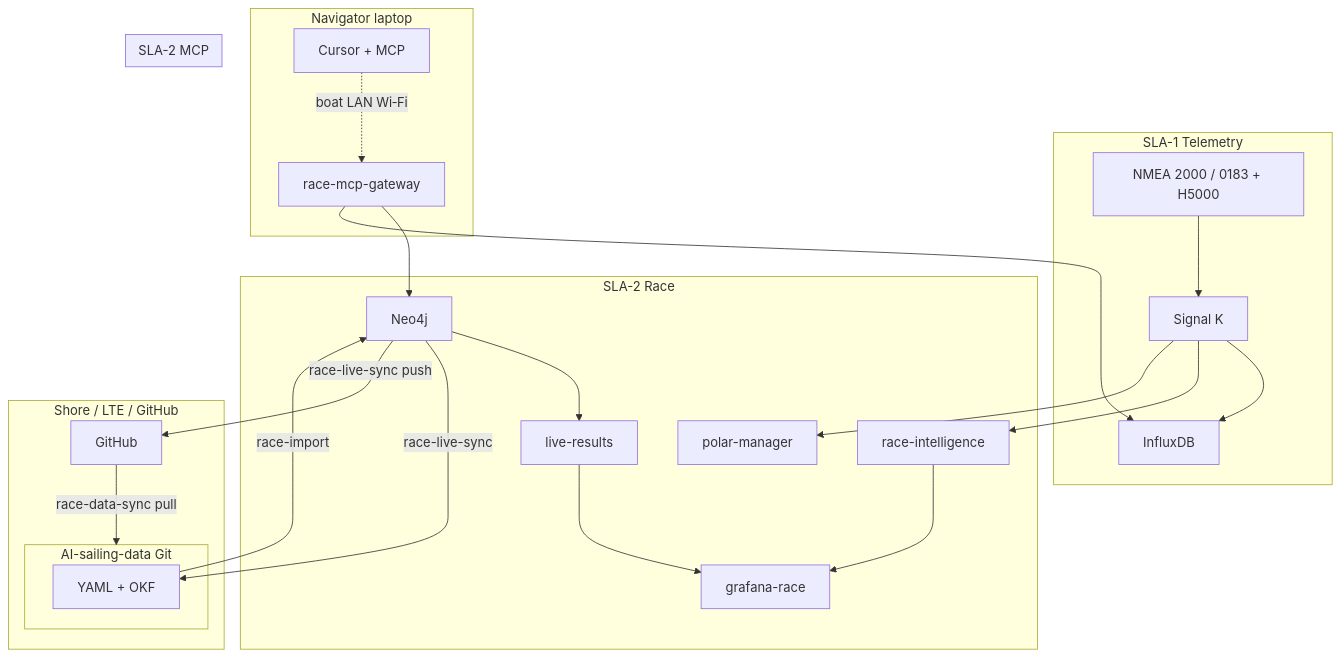
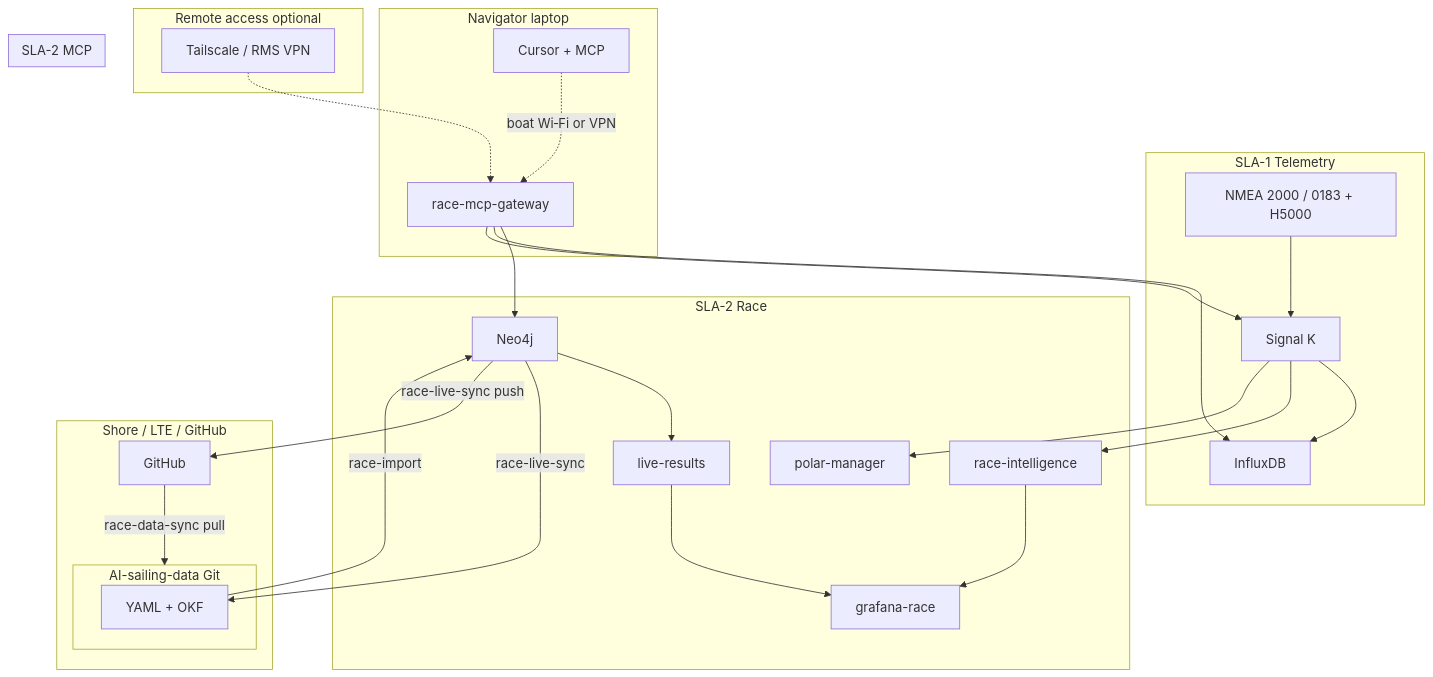
Before and after one commit to cognite-fholm/AI-sailing-system: the first of 4 diagrams in docs/ARCHITECTURE.md, drawn with Mermaid. The commit also changed other lines of this file and 16 other files, not shown here.

First line of the commit message:
feat: align MCP with Signal K ecosystem and add RMS VPN guide

````diff
--- a/docs/ARCHITECTURE.md
+++ b/docs/ARCHITECTURE.md
@@ -35,45 +35,51 @@
 ```mermaid
 flowchart TB
   subgraph sla1 [SLA-1 Telemetry]
     N2K[NMEA 2000 / 0183 + H5000]
     SK[Signal K]
     IFX[InfluxDB]
     N2K --> SK --> IFX
   end
 
   subgraph sla2 [SLA-2 Race]
     NEO[Neo4j]
     RI[race-intelligence]
     LR[live-results]
     PM[polar-manager]
     GF[grafana-race]
     SK --> RI
     SK --> PM
     RI --> GF
     LR --> GF
     NEO --> LR
   end
 
   subgraph data [AI-sailing-data Git]
     YAML[YAML + OKF]
     YAML -->|race-import| NEO
     NEO -->|race-live-sync| YAML
   end
 
   subgraph shore [Shore / LTE / GitHub]
     GIT[GitHub]
     GIT -->|race-data-sync pull| data
     NEO -->|race-live-sync push| GIT
   end
 
   subgraph laptop [Navigator laptop]
     CUR[Cursor + MCP]
-    CUR -.->|boat LAN Wi‑Fi| GW
+    CUR -.->|boat Wi‑Fi or VPN| GW
+  end
+
+  subgraph vpn [Remote access optional]
+    TS[Tailscale / RMS VPN]
+    TS -.-> GW
   end
 
   subgraph mcp [SLA-2 MCP]
     GW[race-mcp-gateway]
     GW --> NEO
     GW --> IFX
+    GW --> SK
   end
 ```
````
